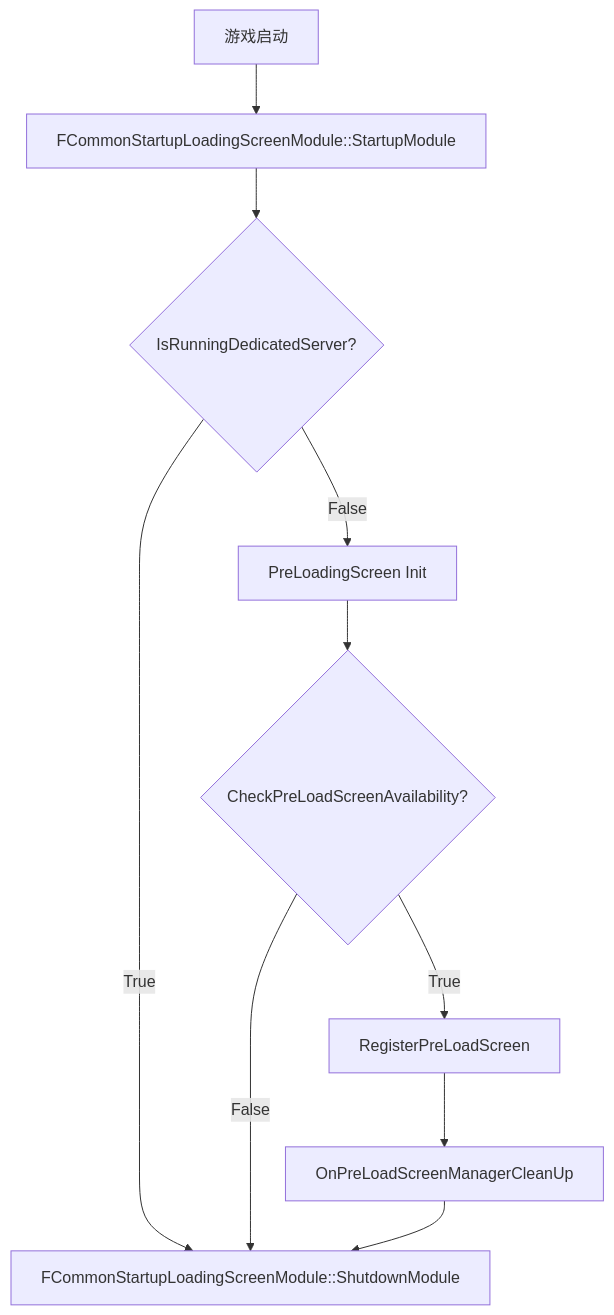
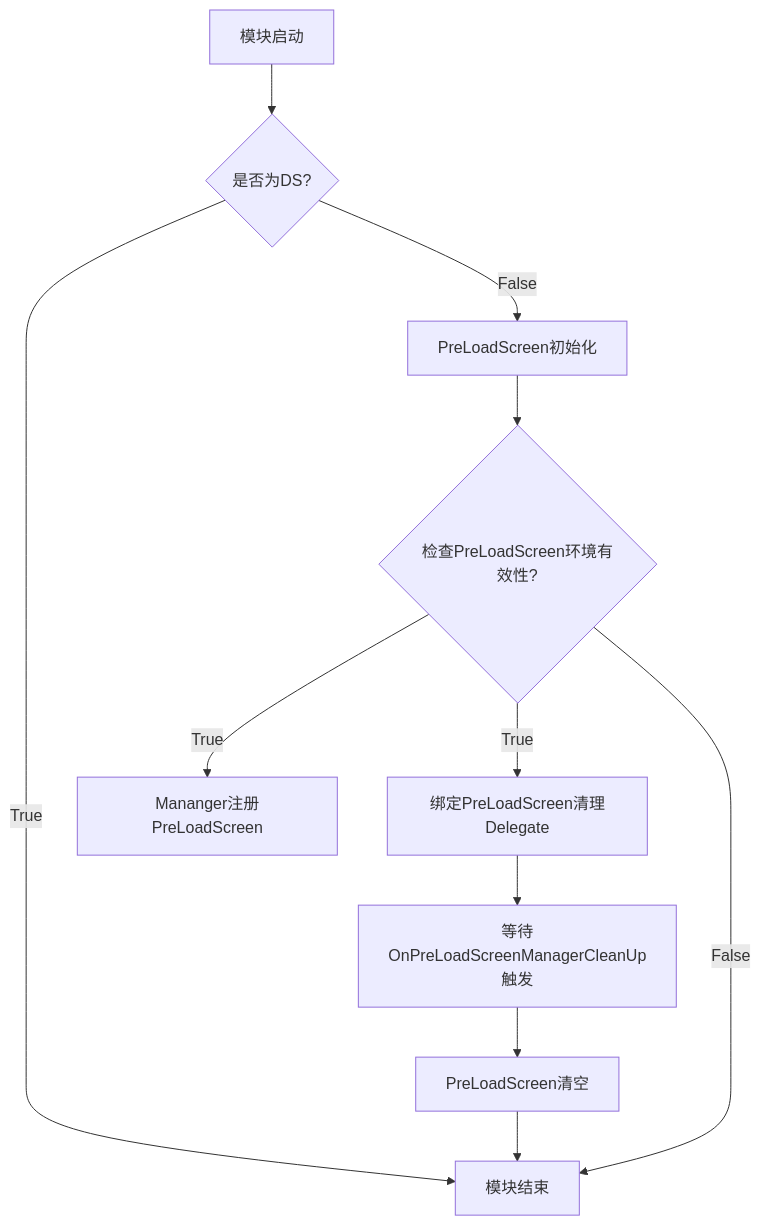
The second of 9 diagrams in 技术文档/技术调研/CommonLoadingScreen.md (D-BugMaker/Markdown), drawn with Mermaid before and after one commit. The commit also changed other lines of this file, not shown here.

Commit message:
CommonLoadingScreen调研

````diff
--- a/技术文档/技术调研/CommonLoadingScreen.md
+++ b/技术文档/技术调研/CommonLoadingScreen.md
@@ -125,12 +111,13 @@
 ```mermaid
 graph TD    
-    Start[游戏启动] --> StartupModule[FCommonStartupLoadingScreenModule::StartupModule]
-    StartupModule --> IsRunningDedicatedServer{IsRunningDedicatedServer?}
-    IsRunningDedicatedServer --True--> End[FCommonStartupLoadingScreenModule::ShutdownModule]
-    IsRunningDedicatedServer --False--> Init[PreLoadingScreen Init]
-    Init --> CheckPreLoadScreenAvailability{CheckPreLoadScreenAvailability?}
-    CheckPreLoadScreenAvailability --True--> Register[RegisterPreLoadScreen]
+    StartupModule[模块启动] --> IsRunningDedicatedServer{是否为DS?}
+    IsRunningDedicatedServer --True--> End[模块结束]
+    IsRunningDedicatedServer --False--> Init[PreLoadScreen初始化]
+    Init --> CheckPreLoadScreenAvailability{检查PreLoadScreen环境有效性?}
+    CheckPreLoadScreenAvailability --True--> Register[Mananger注册PreLoadScreen]
+    CheckPreLoadScreenAvailability --True--> BindOnPreLoadScreenManagerCleanUp[绑定PreLoadScreen清理Delegate]
     CheckPreLoadScreenAvailability --False--> End
-    Register --> OnPreLoadScreenManagerCleanUp[OnPreLoadScreenManagerCleanUp]
+    BindOnPreLoadScreenManagerCleanUp --> Wait[等待OnPreLoadScreenManagerCleanUp触发]
+    Wait --> OnPreLoadScreenManagerCleanUp[PreLoadScreen清空]
     OnPreLoadScreenManagerCleanUp --> End
 ```
````
